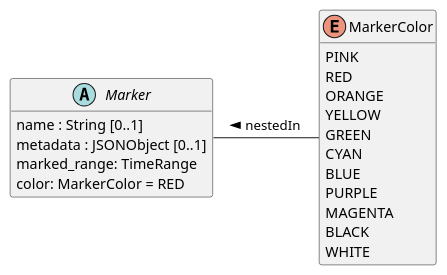
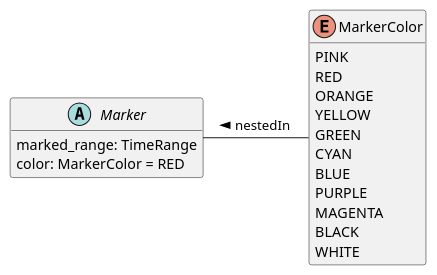
Diagram 14 of 31 in docs/data-model/otio-core.md (AcademySoftwareFoundation/OpenTimelineIO), drawn with PlantUML before and after one commit. The commit also changed other lines of this file and 1 other file, not shown here.

````diff
--- a/docs/data-model/otio-core.md
+++ b/docs/data-model/otio-core.md
@@ -505,30 +581,28 @@
 ```puml
 @startuml
 hide empty members
 skinparam classAttributeIconSize 0
 
 abstract class Marker {
-  name : String [0..1]
-  metadata : JSONObject [0..1]
   marked_range: TimeRange
   color: MarkerColor = RED
 }
 
 enum MarkerColor {
     PINK
     RED
     ORANGE
     YELLOW
     GREEN
     CYAN
     BLUE
     PURPLE
     MAGENTA
     BLACK
     WHITE
 }
 
 MarkerColor -left- Marker : nestedIn >
 
 @enduml
 ```
````
